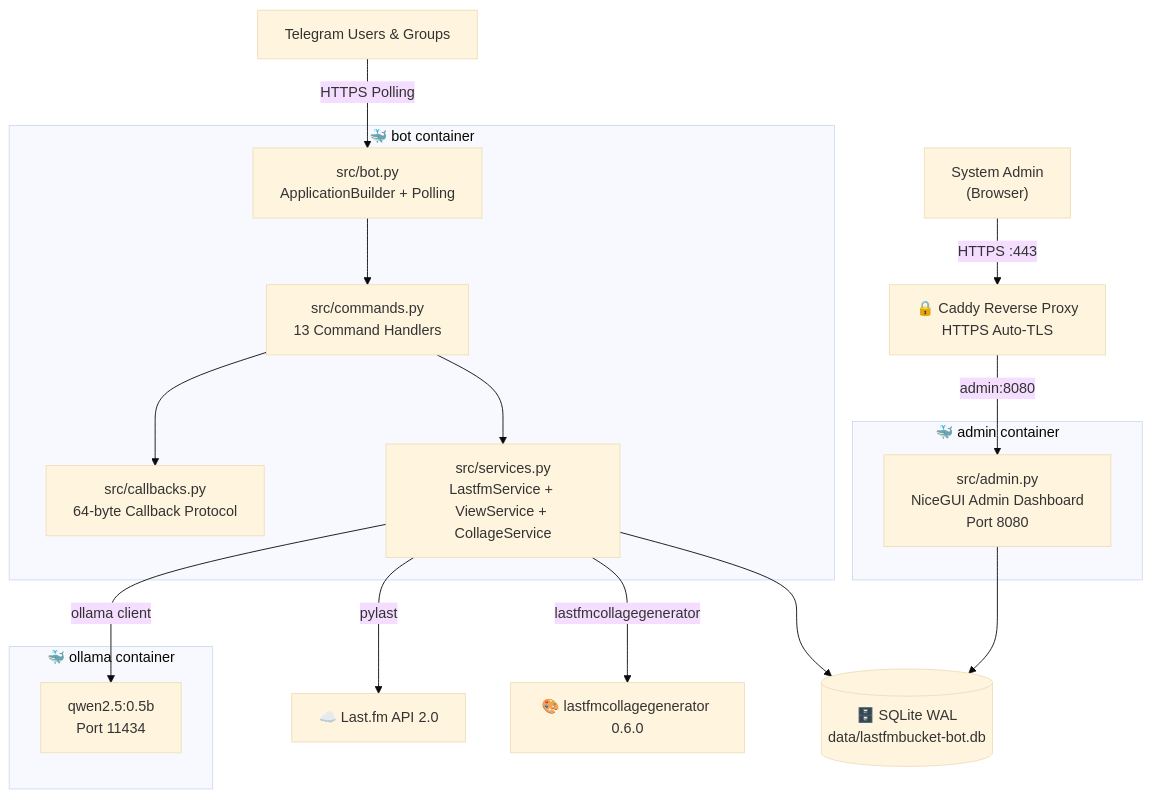
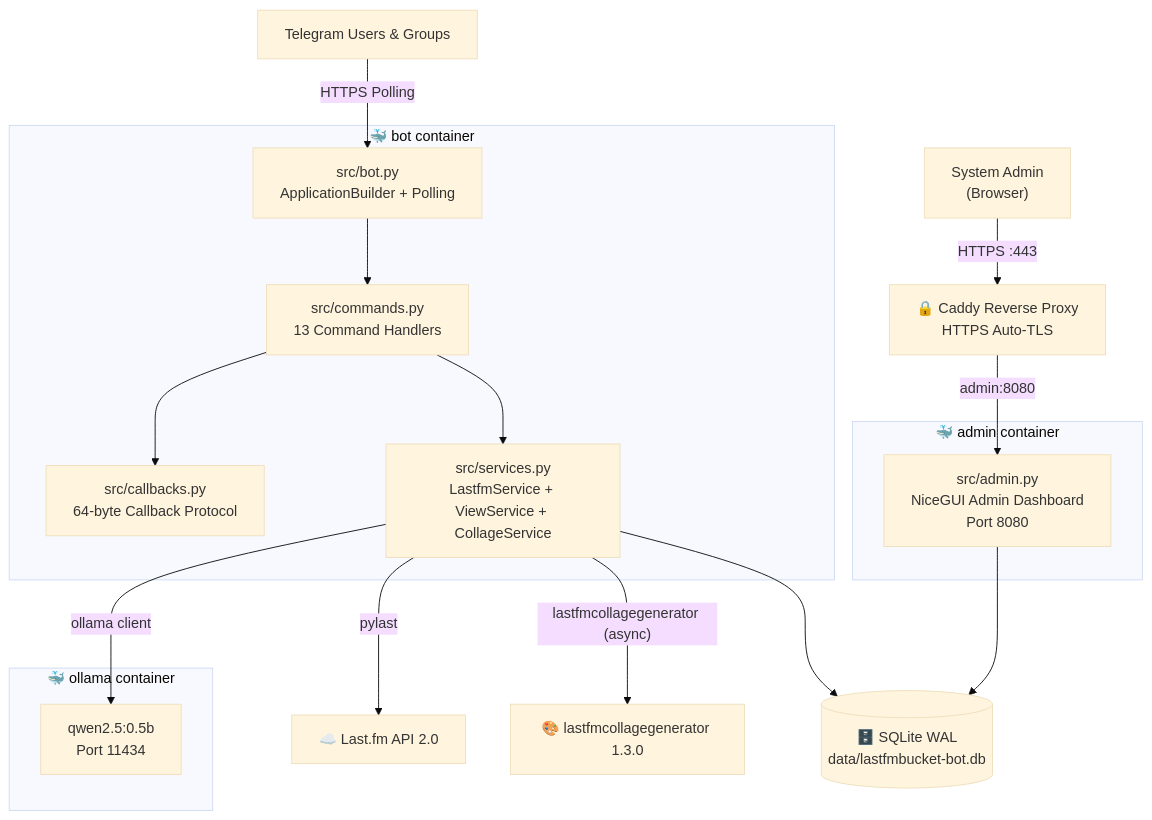
One commit to paurieraf/lastfmbucket-bot changed the diagram in README.md. Above: the diagram before and after it, drawn with Mermaid (base theme). The commit also changed other lines of this file and 4 other files, not shown here.

````diff
--- a/README.md
+++ b/README.md
@@ -47,37 +47,37 @@
 ```mermaid
 graph TB
     TG["Telegram Users & Groups"]
 
     subgraph bot_container["🐳 bot container"]
         BOT["src/bot.py<br/>ApplicationBuilder + Polling"]
         CMD["src/commands.py<br/>13 Command Handlers"]
         CB["src/callbacks.py<br/>64-byte Callback Protocol"]
         SVC["src/services.py<br/>LastfmService + ViewService + CollageService"]
     end
 
     subgraph admin_container["🐳 admin container"]
         ADM["src/admin.py<br/>NiceGUI Admin Dashboard<br/>Port 8080"]
     end
 
     subgraph ollama_container["🐳 ollama container"]
         LLM["qwen2.5:0.5b<br/>Port 11434"]
     end
 
     LASTFM["☁️ Last.fm API 2.0"]
-    COLLAGE_GEN["🎨 lastfmcollagegenerator 0.6.0"]
+    COLLAGE_GEN["🎨 lastfmcollagegenerator 1.3.0"]
     DB[("🗄️ SQLite WAL<br/>data/lastfmbucket-bot.db")]
     CADDY["🔒 Caddy Reverse Proxy<br/>HTTPS Auto-TLS"]
     ADMIN_USER["System Admin<br/>(Browser)"]
 
     TG -- "HTTPS Polling" --> BOT
     BOT --> CMD
     CMD --> CB
     CMD --> SVC
     SVC -- "pylast" --> LASTFM
-    SVC -- "lastfmcollagegenerator" --> COLLAGE_GEN
+    SVC -- "lastfmcollagegenerator (async)" --> COLLAGE_GEN
     SVC -- "ollama client" --> LLM
     SVC --> DB
     ADM --> DB
     CADDY -- "admin:8080" --> ADM
     ADMIN_USER -- "HTTPS :443" --> CADDY
 ```
````
